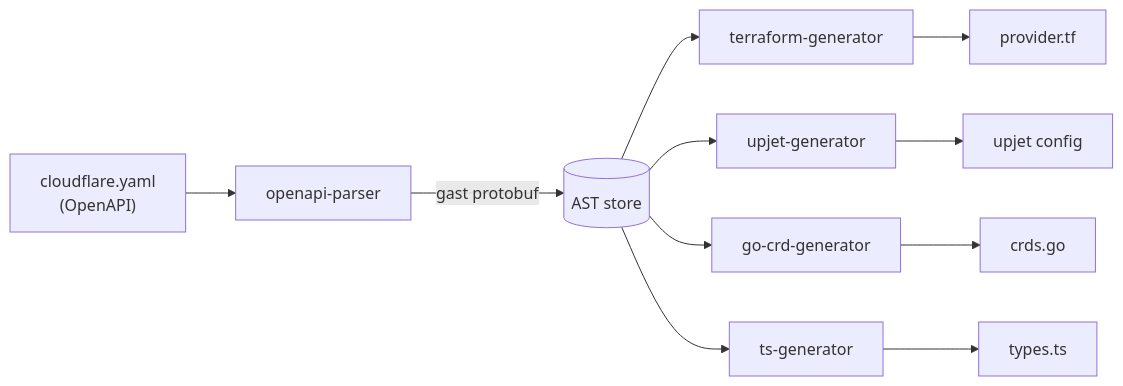
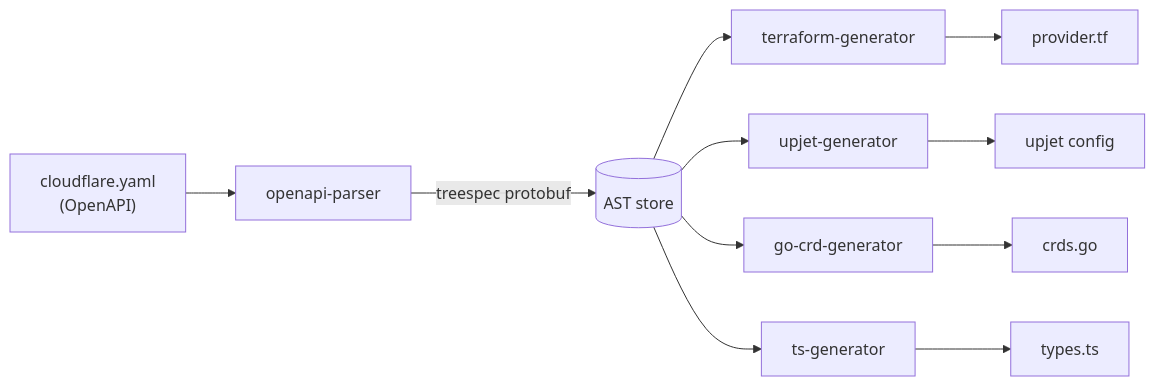
Before and after one commit to UnstoppableMango/gast: the sixth of 6 diagrams in docs/USE-CASES.md, drawn with Mermaid. The commit also changed other lines of this file and 15 other files, not shown here.

````diff
--- a/docs/USE-CASES.md
+++ b/docs/USE-CASES.md
@@ -121,13 +121,13 @@
 ```mermaid
 flowchart LR
     src["cloudflare.yaml\n(OpenAPI)"] --> P["openapi-parser"]
-    P -->|gast protobuf| B[(AST store)]
+    P -->|treespec protobuf| B[(AST store)]
     B --> G1["terraform-generator"]
     B --> G2["upjet-generator"]
     B --> G3["go-crd-generator"]
     B --> G4["ts-generator"]
     G1 --> O1["provider.tf"]
     G2 --> O2["upjet config"]
     G3 --> O3["crds.go"]
     G4 --> O4["types.ts"]
 ```
````
